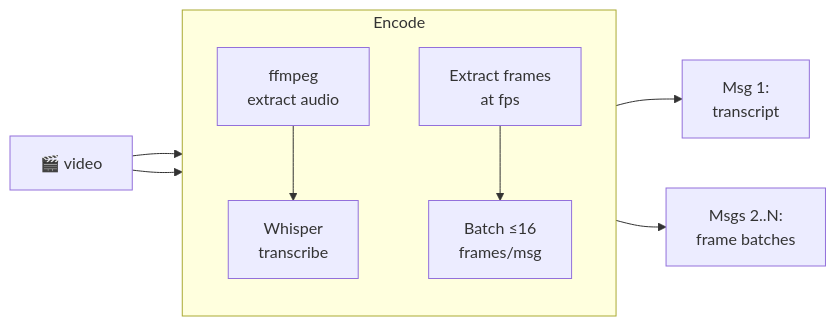
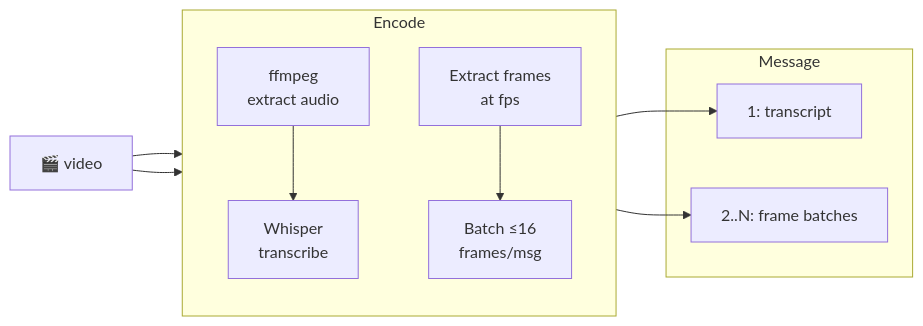
The fifth of 17 diagrams in docs/ENCODERS.md (vlm-run/mm), drawn with Mermaid before and after one commit. The commit also changed other lines of this file and 1 other file, not shown here.

Commit message:
use a message block with subgroups

````diff
--- a/docs/ENCODERS.md
+++ b/docs/ENCODERS.md
@@ -116,18 +124,20 @@
 ```mermaid
 graph LR
   video["🎬 video"]
 
   subgraph encode ["Encode"]
     direction TB
     audio["ffmpeg\nextract audio"]
     whisper["Whisper\ntranscribe"]
     frames["Extract frames\nat fps"]
     batch["Batch ≤16\nframes/msg"]
   end
 
-  transcript["Msg 1:\ntranscript"]
-  frame_msgs["Msgs 2..N:\nframe batches"]
+  subgraph message ["Message"]
+    transcript["1: transcript"]
+    frame_msgs["2..N: frame batches"]
+  end
 
   video --> audio --> whisper --> transcript
   video --> frames --> batch --> frame_msgs
 ```
````
